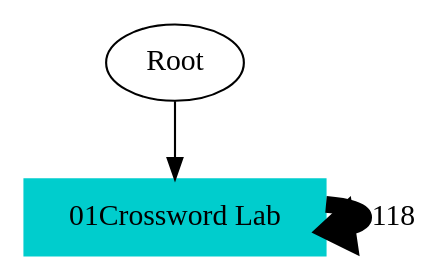
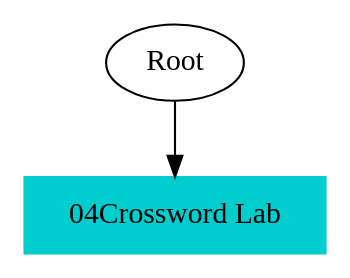
Before and after one commit to mypstom/robotide: the diagram in TS2TS.gv, drawn with Graphviz. The commit also changed 21 other files, not shown here.

```diff
--- a/TS2TS.gv
+++ b/TS2TS.gv
@@ -1,7 +1,6 @@
 // TS <-> TS
 digraph {
 	Root
-	"01Crossword Lab" [color=cyan3 shape=box style=filled]
-		Root -> "01Crossword Lab"
-		"01Crossword Lab" -> "01Crossword Lab" [label=118 penwidth=7.88264304936]
+	"04Crossword Lab" [color=cyan3 shape=box style=filled]
+		Root -> "04Crossword Lab"
 }
```
